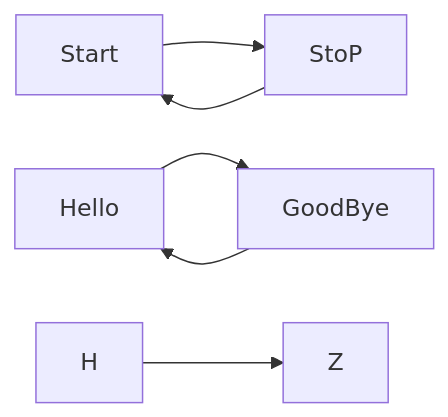
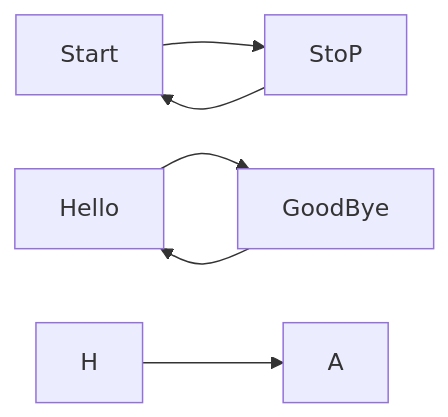
Before and after one commit to NU-Teams/TEST-MERMAIDJS-ACTION: the diagram in README.md, drawn with Mermaid. The commit also changed 1 other file, not shown here.

````diff
--- a/README.md
+++ b/README.md
@@ -7,9 +7,9 @@
 ```mermaid
 flowchart LR
     Start --> StoP
     StoP --> Start
     Hello --> GoodBye
     GoodBye --> Hello
-    H --> Z
+    H --> A
     
 ```
````
